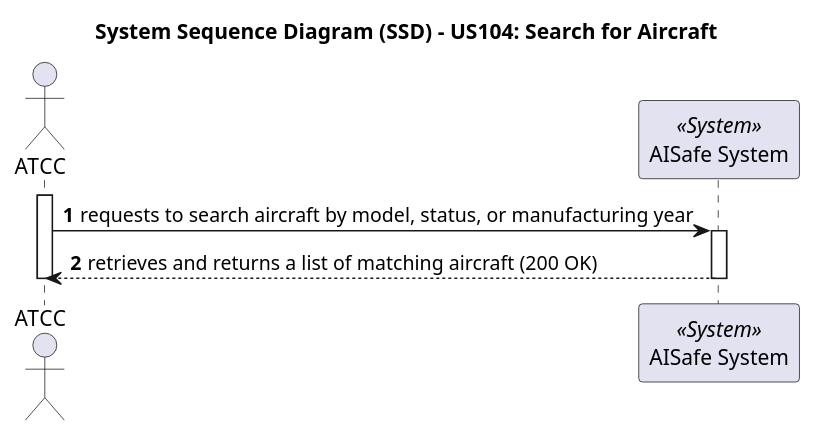
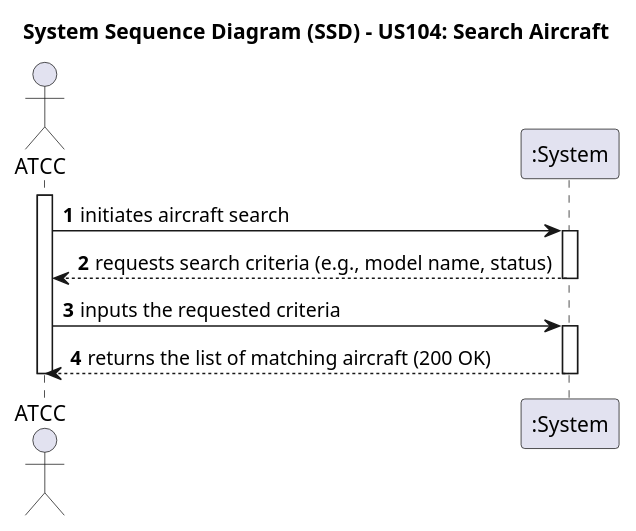
Before and after one commit to Andre-1240567/psoft2026_2DB_1240567_1241013_1240624: the diagram in docs/use-cases/WP#1A/US104/puml/US104-SSD.puml, drawn with PlantUML. The commit also changed 21 other files, not shown here.

```diff
--- a/docs/use-cases/WP#1A/US104/puml/US104-SSD.puml
+++ b/docs/use-cases/WP#1A/US104/puml/US104-SSD.puml
@@ -1,17 +1,19 @@
-@startuml SSD_US104
+@startuml US104-SSD
 autonumber
-title System Sequence Diagram (SSD) - US104: Search for Aircraft
+title System Sequence Diagram (SSD) - US104: Search Aircraft
 
 actor "ATCC" as Actor
-participant "AISafe System" as System <<System>>
+participant ":System" as System
 
 activate Actor
-
-Actor -> System: requests to search aircraft by model, status, or manufacturing year
+Actor -> System: initiates aircraft search
 activate System
-
-System --> Actor: retrieves and returns a list of matching aircraft (200 OK)
+System --> Actor: requests search criteria (e.g., model name, status)
 deactivate System
 
+Actor -> System: inputs the requested criteria
+activate System
+System --> Actor: returns the list of matching aircraft (200 OK)
+deactivate System
 deactivate Actor
 @enduml
```
